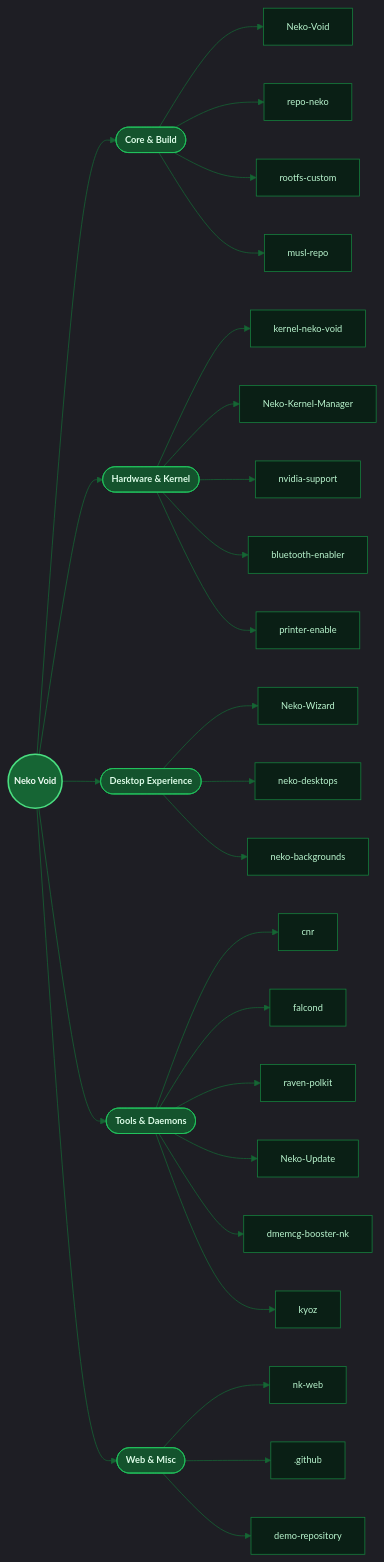
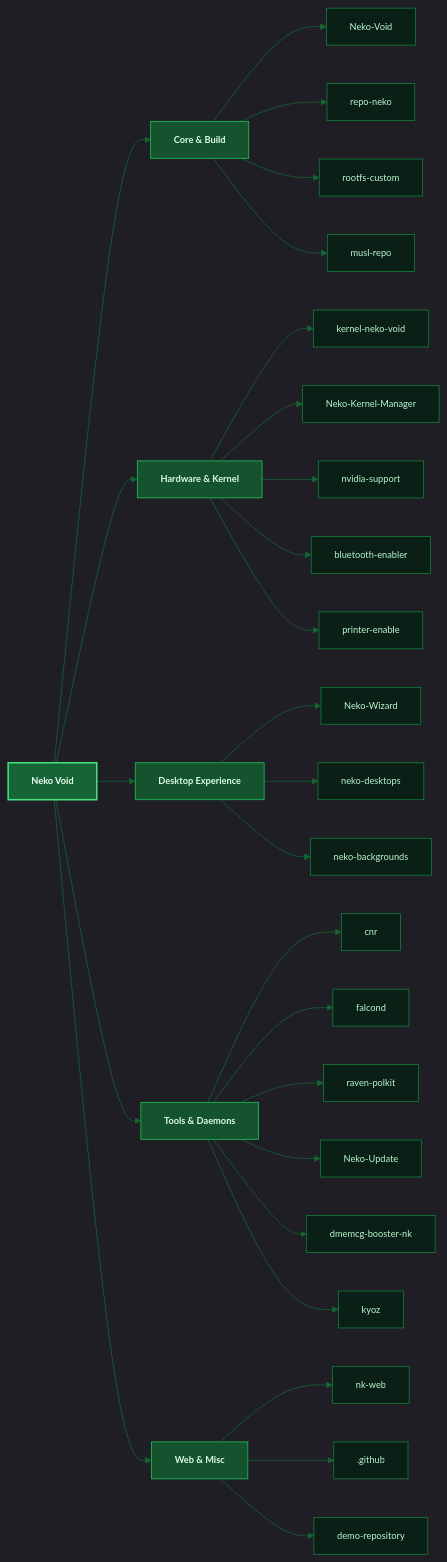
The diagram in profile/README.md (Neko-Void-Linux/.github), drawn with Mermaid before and after one commit.

Commit message:
Fix flowchart syntax in README.md

````diff
--- a/profile/README.md
+++ b/profile/README.md
@@ -29,60 +29,60 @@
 ```mermaid
 %%{init: {'theme': 'dark', 'themeVariables': {
   'primaryColor': '#14532d',
   'primaryTextColor': '#dcfce7',
   'primaryBorderColor': '#22c55e',
   'lineColor': '#166534',
   'secondaryColor': '#0f261a',
   'tertiaryColor': '#0a1a12',
   'background': '#050d09',
   'mainBkg': '#14532d',
   'nodeBorder': '#22c55e',
   'clusterBkg': '#0a1a12',
   'clusterBorder': '#166534',
   'fontFamily': 'Inter, -apple-system, sans-serif',
   'fontSize': '12px'
 }}}%%
 flowchart LR
 
-    NV(("Neko Void"))
+    NV["Neko Void"]
 
-    NV --> C(["Core & Build"])
-    NV --> H(["Hardware & Kernel"])
-    NV --> D(["Desktop Experience"])
-    NV --> T(["Tools & Daemons"])
-    NV --> W(["Web & Misc"])
+    NV --> C["Core & Build"]
+    NV --> H["Hardware & Kernel"]
+    NV --> D["Desktop Experience"]
+    NV --> T["Tools & Daemons"]
+    NV --> W["Web & Misc"]
 
     C --> C1["Neko-Void"]
     C --> C2["repo-neko"]
     C --> C3["rootfs-custom"]
     C --> C4["musl-repo"]
 
     H --> H1["kernel-neko-void"]
     H --> H2["Neko-Kernel-Manager"]
     H --> H3["nvidia-support"]
     H --> H4["bluetooth-enabler"]
     H --> H5["printer-enable"]
 
     D --> D1["Neko-Wizard"]
     D --> D2["neko-desktops"]
     D --> D3["neko-backgrounds"]
 
     T --> T1["cnr"]
     T --> T2["falcond"]
     T --> T3["raven-polkit"]
     T --> T4["Neko-Update"]
     T --> T5["dmemcg-booster-nk"]
     T --> T6["kyoz"]
 
     W --> W1["nk-web"]
     W --> W2[".github"]
     W --> W3["demo-repository"]
 
     classDef center fill:#166534,stroke:#4ade80,stroke-width:2px,color:#f0fdf4,font-weight:bold
     classDef cat fill:#14532d,stroke:#22c55e,stroke-width:1px,color:#dcfce7,font-weight:bold
     classDef repo fill:#0a1f15,stroke:#15803d,stroke-width:1px,color:#bbf7d0
 
     class NV center
     class C,H,D,T,W cat
     class C1,C2,C3,C4,H1,H2,H3,H4,H5,D1,D2,D3,T1,T2,T3,T4,T5,T6,W1,W2,W3 repo
 ```
````
